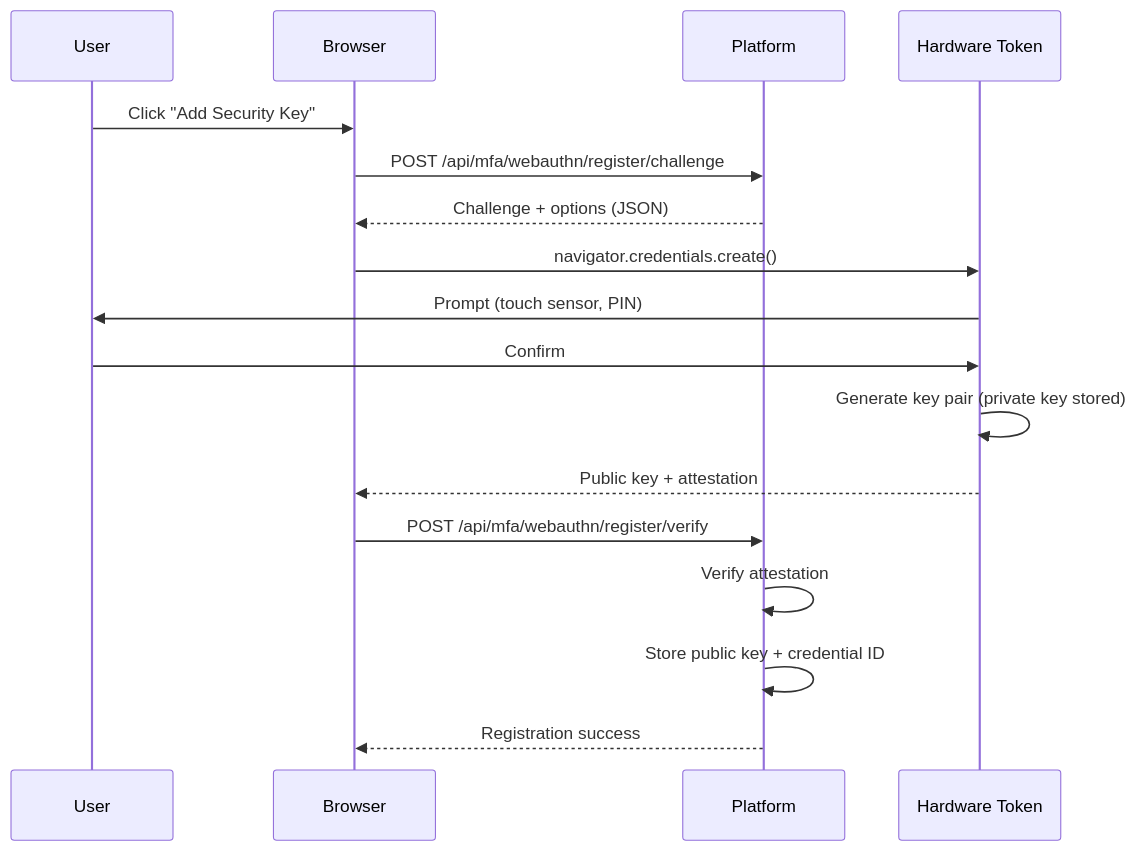
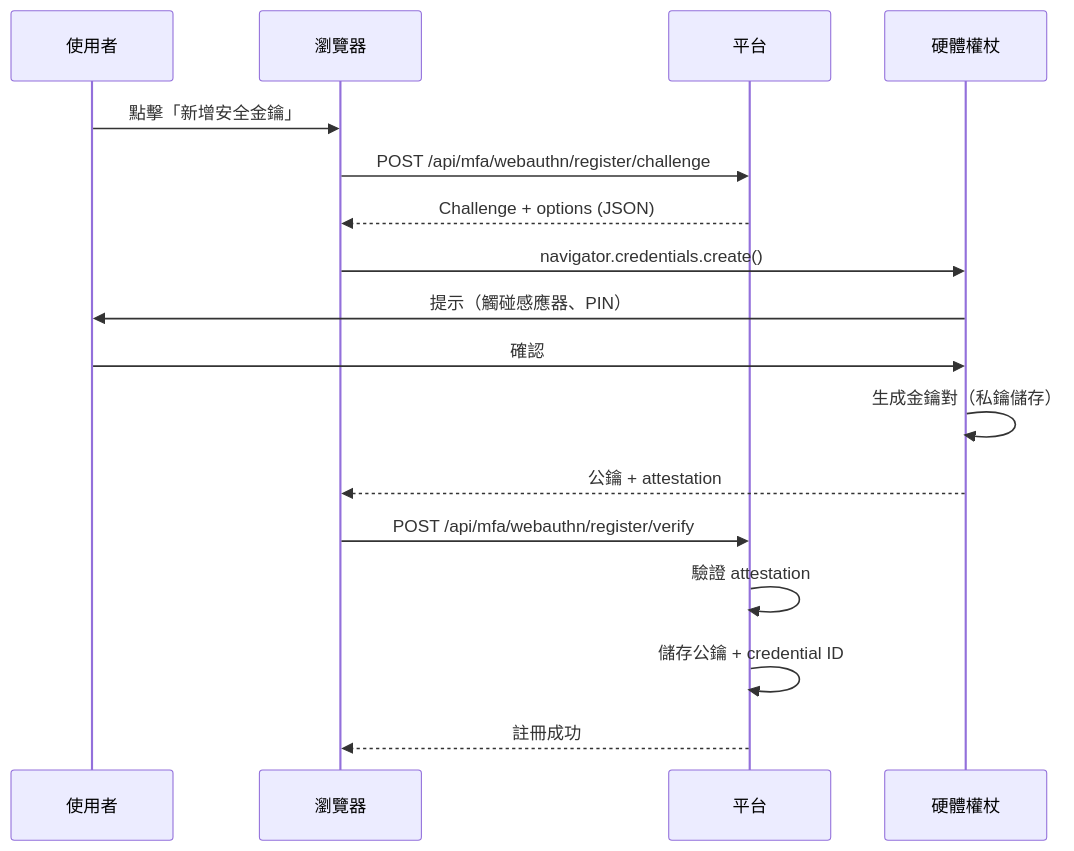
The first of 2 diagrams in docs/iGaming/architecture/06_Platform_Core/MFA_Technical_Evaluation.md (ron03wlb/smart-admin), drawn with Mermaid before and after one commit. The commit also changed other lines of this file and 4 other files, not shown here.

````diff
--- a/docs/iGaming/architecture/06_Platform_Core/MFA_Technical_Evaluation.md
+++ b/docs/iGaming/architecture/06_Platform_Core/MFA_Technical_Evaluation.md
@@ -448,23 +448,23 @@
 ```mermaid
 sequenceDiagram
-    participant User
-    participant Browser
-    participant Platform
-    participant Authenticator as Hardware Token
+    participant User as 使用者
+    participant Browser as 瀏覽器
+    participant Platform as 平台
+    participant Authenticator as 硬體權杖
 
-    User->>Browser: Click "Add Security Key"
+    User->>Browser: 點擊「新增安全金鑰」
     Browser->>Platform: POST /api/mfa/webauthn/register/challenge
     Platform-->>Browser: Challenge + options (JSON)
 
     Browser->>Authenticator: navigator.credentials.create()
-    Authenticator->>User: Prompt (touch sensor, PIN)
-    User->>Authenticator: Confirm
+    Authenticator->>User: 提示（觸碰感應器、PIN）
+    User->>Authenticator: 確認
 
-    Authenticator->>Authenticator: Generate key pair (private key stored)
-    Authenticator-->>Browser: Public key + attestation
+    Authenticator->>Authenticator: 生成金鑰對（私鑰儲存）
+    Authenticator-->>Browser: 公鑰 + attestation
 
     Browser->>Platform: POST /api/mfa/webauthn/register/verify
-    Platform->>Platform: Verify attestation
-    Platform->>Platform: Store public key + credential ID
-    Platform-->>Browser: Registration success
+    Platform->>Platform: 驗證 attestation
+    Platform->>Platform: 儲存公鑰 + credential ID
+    Platform-->>Browser: 註冊成功
 ```
````
